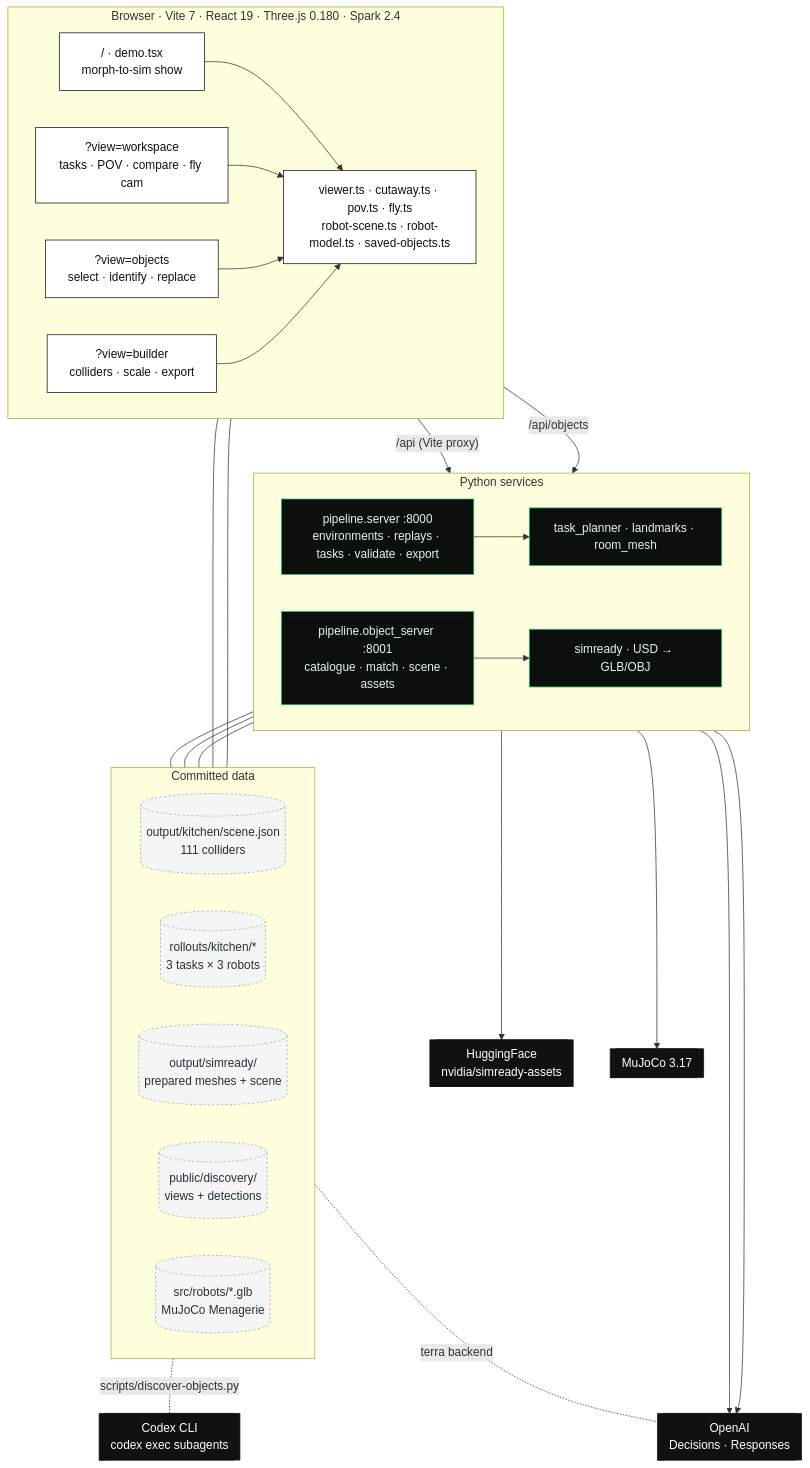
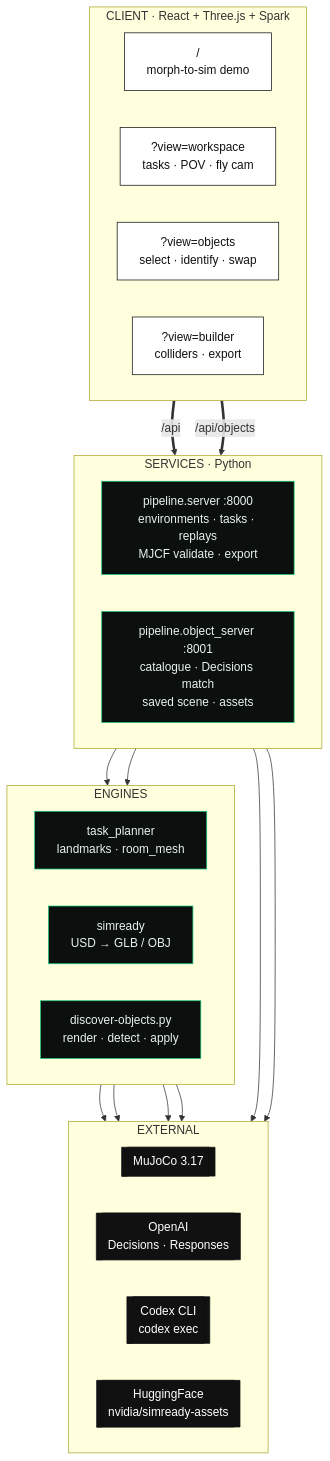
One commit to bede-lau/Morpheus changed the third of 5 diagrams in README.md. Above: the diagram before and after it, drawn with Mermaid. The commit also changed other lines of this file, not shown here.

Commit message:
README: banner, demo gallery, Mermaid architecture, pipeline, discovery and planning diagrams
Move UI_HANDOFF into docs/.

````diff
--- a/README.md
+++ b/README.md
@@ -147,54 +145,46 @@
 ```mermaid
 flowchart TB
     classDef fe fill:#ffffff,stroke:#111,color:#111
     classDef be fill:#0b0f0e,stroke:#19c37d,color:#e8f3ec
     classDef data fill:#f4f6f5,stroke:#9aa5a2,color:#253236,stroke-dasharray:3 3
     classDef ext fill:#111,stroke:#111,color:#fff
 
-    subgraph Browser["Browser · Vite 7 · React 19 · Three.js 0.180 · Spark 2.4"]
+    subgraph L1["CLIENT · React + Three.js + Spark"]
       direction LR
-      DEMO["/ · demo.tsx<br/>morph-to-sim show"]:::fe
-      WS["?view=workspace<br/>tasks · POV · compare · fly cam"]:::fe
-      OBJ["?view=objects<br/>select · identify · replace"]:::fe
-      BLD["?view=builder<br/>colliders · scale · export"]:::fe
-      CORE["viewer.ts · cutaway.ts · pov.ts · fly.ts<br/>robot-scene.ts · robot-model.ts · saved-objects.ts"]:::fe
-      DEMO & WS & OBJ & BLD --> CORE
+      DEMO["/<br/>morph-to-sim demo"]:::fe
+      WS["?view=workspace<br/>tasks · POV · fly cam"]:::fe
+      OBJ["?view=objects<br/>select · identify · swap"]:::fe
+      BLD["?view=builder<br/>colliders · export"]:::fe
     end
 
-    subgraph Py["Python services"]
+    subgraph L2["SERVICES · Python"]
       direction LR
-      SRV["pipeline.server :8000<br/>environments · replays · tasks · validate · export"]:::be
-      OS["pipeline.object_server :8001<br/>catalogue · match · scene · assets"]:::be
-      PLAN["task_planner · landmarks · room_mesh"]:::be
-      SIM["simready · USD → GLB/OBJ"]:::be
-      SRV --> PLAN
-      OS --> SIM
+      SRV["pipeline.server :8000<br/>environments · tasks · replays<br/>MJCF validate · export"]:::be
+      OS["pipeline.object_server :8001<br/>catalogue · Decisions match<br/>saved scene · assets"]:::be
     end
 
-    subgraph Data["Committed data"]
+    subgraph L3["ENGINES"]
       direction LR
-      SCN[("output/kitchen/scene.json<br/>111 colliders")]:::data
-      ROLL[("rollouts/kitchen/*<br/>3 tasks × 3 robots")]:::data
-      SR[("output/simready/<br/>prepared meshes + scene")]:::data
-      DISC[("public/discovery/<br/>views + detections")]:::data
-      RB[("src/robots/*.glb<br/>MuJoCo Menagerie")]:::data
+      PLAN["task_planner<br/>landmarks · room_mesh"]:::be
+      SIM["simready<br/>USD → GLB / OBJ"]:::be
+      DISC["discover-objects.py<br/>render · detect · apply"]:::be
     end
 
-    HF[["HuggingFace<br/>nvidia/simready-assets"]]:::ext
-    OAI[["OpenAI<br/>Decisions · Responses"]]:::ext
-    CDX[["Codex CLI<br/>codex exec subagents"]]:::ext
-    MJ[["MuJoCo 3.17"]]:::ext
+    subgraph L4["EXTERNAL"]
+      direction LR
+      MJ[["MuJoCo 3.17"]]:::ext
+      OAI[["OpenAI<br/>Decisions · Responses"]]:::ext
+      CDX[["Codex CLI<br/>codex exec"]]:::ext
+      HF[["HuggingFace<br/>nvidia/simready-assets"]]:::ext
+    end
 
-    Browser -- "/api (Vite proxy)" --> SRV
-    Browser -- "/api/objects" --> OS
-    SRV --- SCN & ROLL
-    OS --- SR
-    CORE --- RB
-    DEMO --- DISC
-    SIM --> HF
+    L1 == "/api" ==> SRV
+    L1 == "/api/objects" ==> OS
+    SRV --> PLAN
+    SRV --> MJ
+    OS --> SIM --> HF
     OS --> OAI
     PLAN --> OAI
-    SRV --> MJ
-    DISC -. "scripts/discover-objects.py" .- CDX
-    DISC -. "terra backend" .- OAI
+    DISC --> OAI
+    DISC --> CDX
 ```
````
